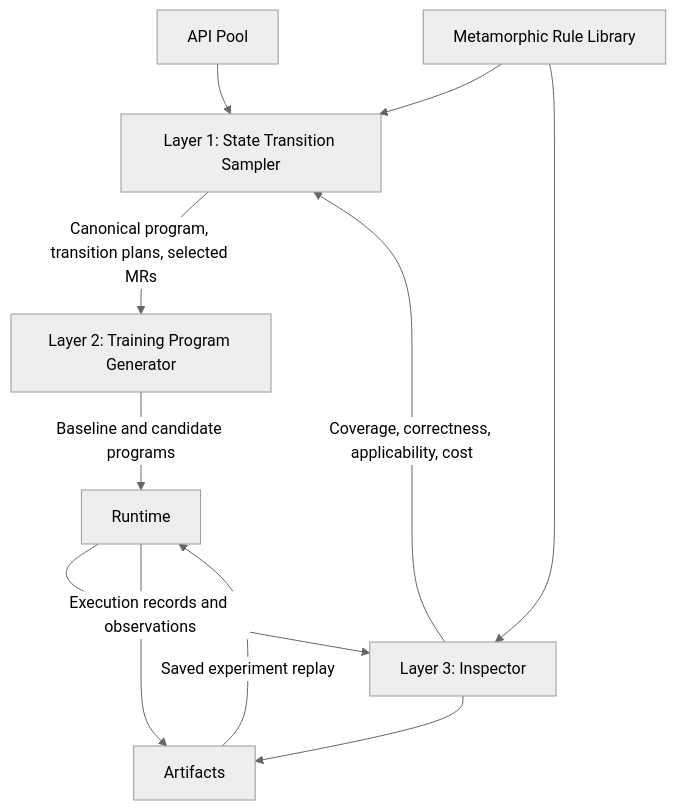
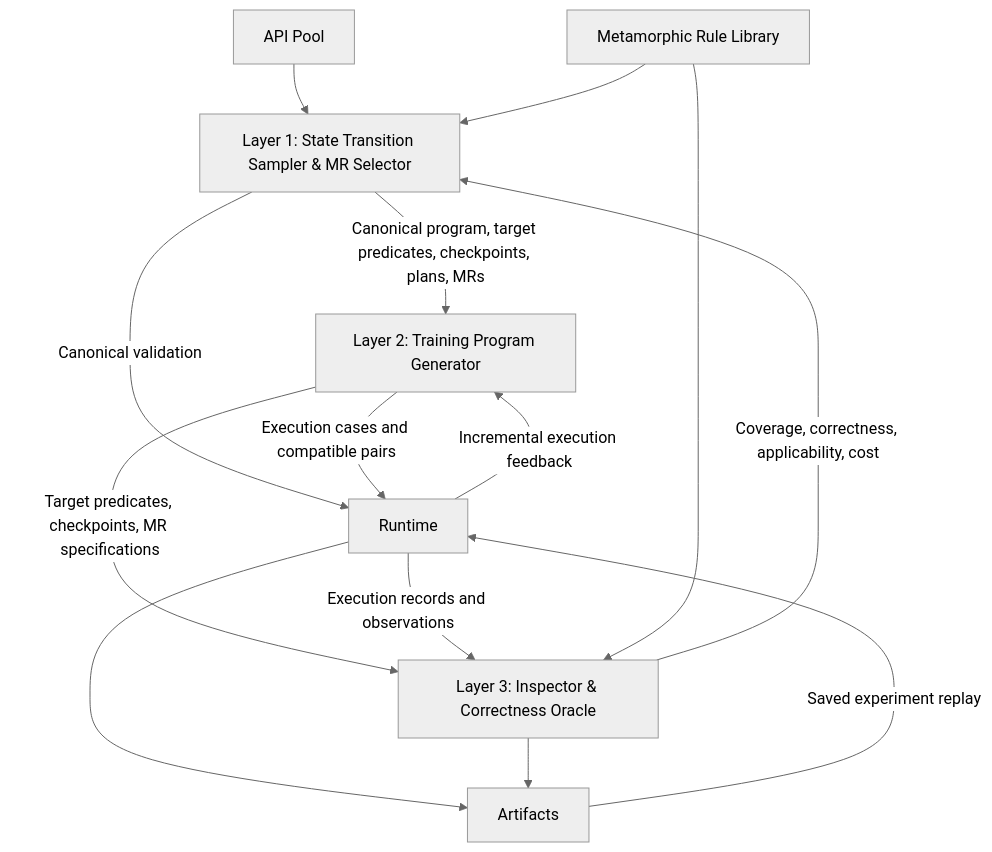
Before and after one commit to Aubadia/Mirage: the diagram in docs/Architecture.md, drawn with Mermaid (neutral theme). The commit also changed other lines of this file and 1 other file, not shown here.

````diff
--- a/docs/Architecture.md
+++ b/docs/Architecture.md
@@ -38,13 +38,16 @@
 ```mermaid
 flowchart TD
-    API[API Pool] --> L1[Layer 1: State Transition Sampler]
+    API[API Pool] --> L1[Layer 1: State Transition Sampler & MR Selector]
     RULES[Metamorphic Rule Library] --> L1
-    L1 -->|Canonical program, transition plans, selected MRs| L2[Layer 2: Training Program Generator]
-    L2 -->|Baseline and candidate programs| RT[Runtime]
-    RT -->|Execution records and observations| L3[Layer 3: Inspector]
+    L1 -->|Canonical program, target predicates, checkpoints, plans, MRs| L2[Layer 2: Training Program Generator]
+    L1 -->|Canonical validation| RT[Runtime]
+    L2 -->|Execution cases and compatible pairs| RT
+    RT -->|Incremental execution feedback| L2
+    L2 -->|Target predicates, checkpoints, MR specifications| L3[Layer 3: Inspector & Correctness Oracle]
+    RT -->|Execution records and observations| L3
     RULES --> L3
     L3 -->|Coverage, correctness, applicability, cost| L1
     RT --> ART[Artifacts]
     L3 --> ART
     ART -->|Saved experiment replay| RT
 ```
````
